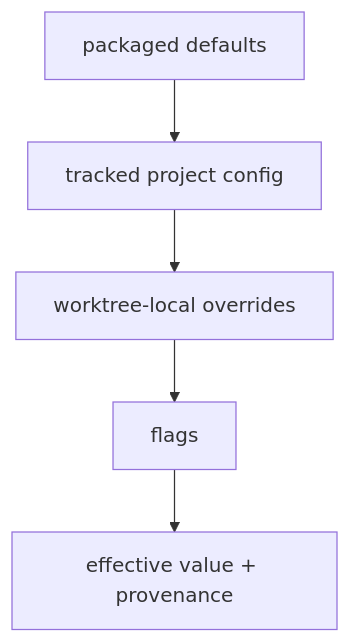
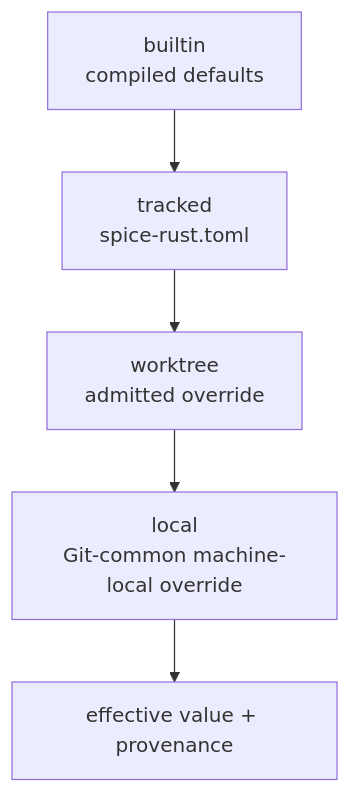
Diagram 12 of 14 in docs/product/model/boundaries.md (infimalabs/spice-rust), drawn with Mermaid before and after one commit. The commit also changed other lines of this file and 71 other files, not shown here.

````diff
--- a/docs/product/model/boundaries.md
+++ b/docs/product/model/boundaries.md
@@ -236,7 +242,7 @@
 ```mermaid
 flowchart TD
-  PKG["packaged defaults"] --> PROJ["tracked project config"]
-  PROJ --> WT["worktree-local overrides"]
-  WT --> FLAG["flags"]
-  FLAG --> EFF["effective value + provenance"]
+  BUILTIN["builtin<br/>compiled defaults"] --> TRACKED["tracked<br/>spice-rust.toml"]
+  TRACKED --> WORKTREE["worktree<br/>admitted override"]
+  WORKTREE --> LOCAL["local<br/>Git-common machine-local override"]
+  LOCAL --> EFF["effective value + provenance"]
 ```
````
